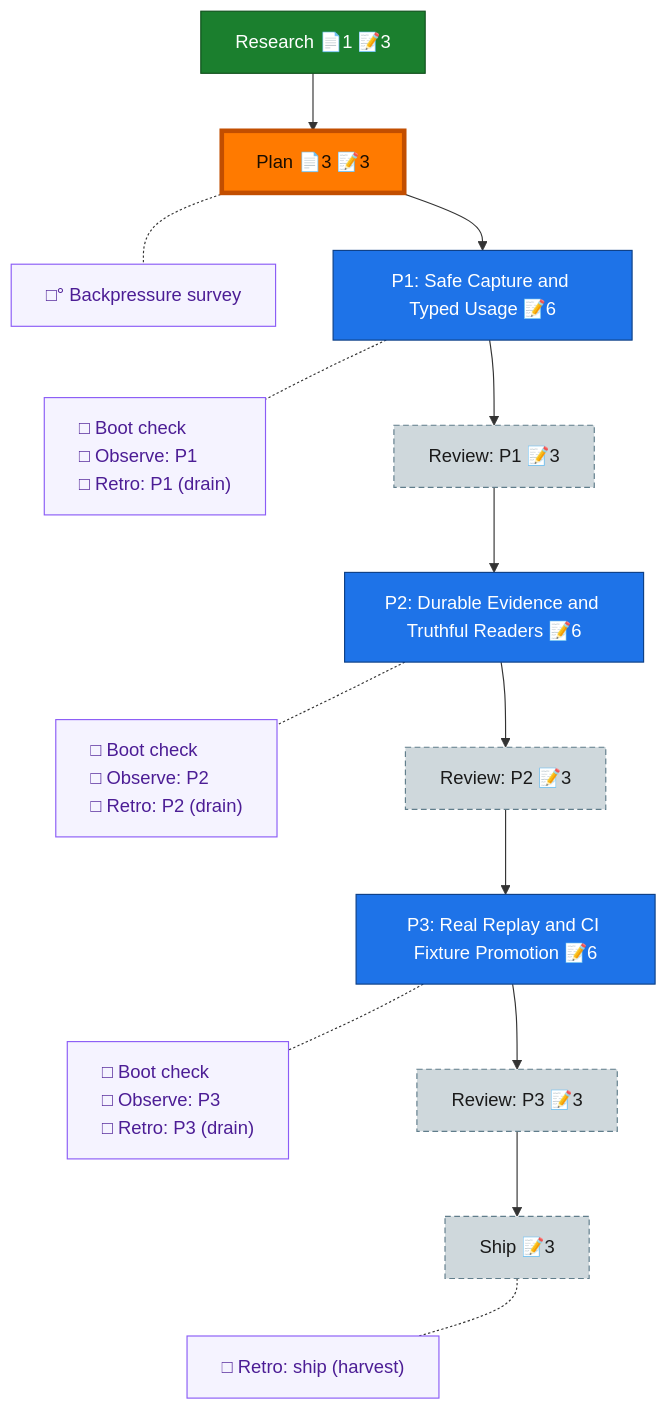
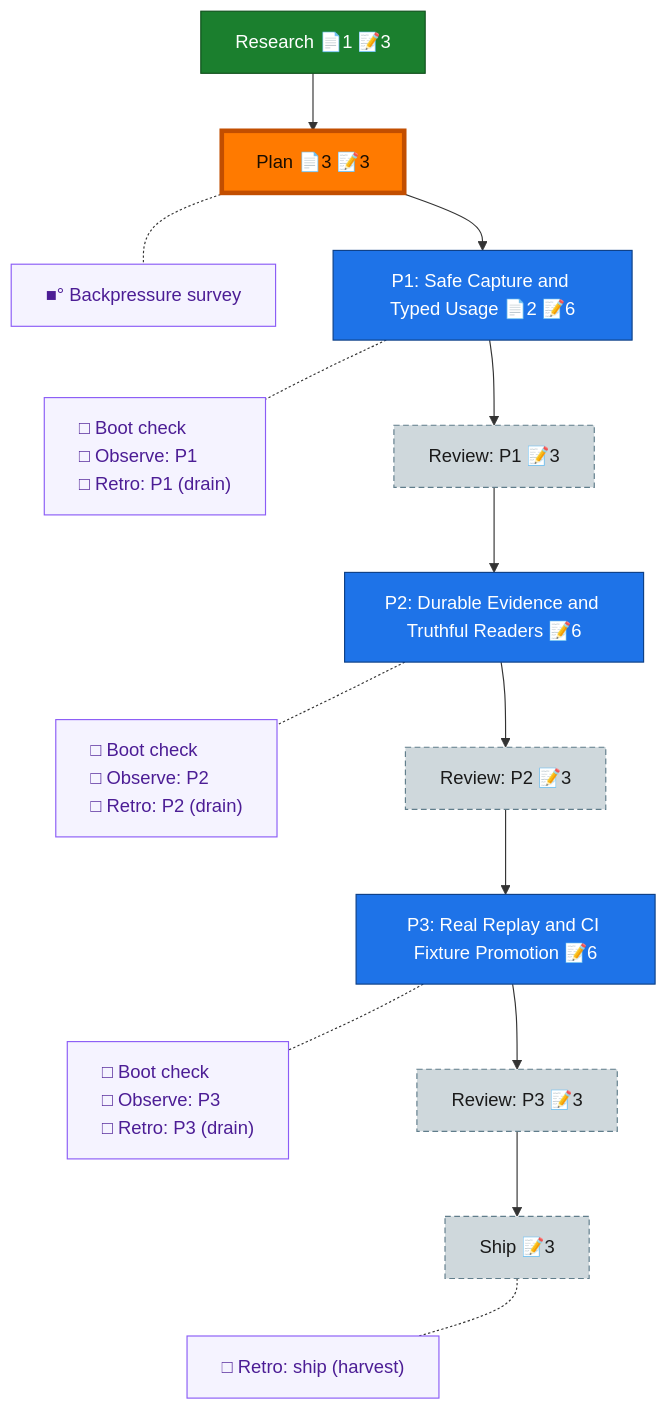
One commit to AI-Substrate/harness-engineering changed the diagram in docs/plans/063-systemic-telemetry-repair/the-flow.md. Above: the diagram before and after it, drawn with Mermaid. The commit also changed other lines of this file and 4 other files, not shown here.

Commit message:
docs(plan): prepare token recovery phase 1

````diff
--- a/docs/plans/063-systemic-telemetry-repair/the-flow.md
+++ b/docs/plans/063-systemic-telemetry-repair/the-flow.md
@@ -8,37 +8,37 @@
 ```mermaid
 flowchart TD
     research["Research 📄1 📝3"]:::done
     plan["Plan 📄3 📝3"]:::done
-    phase_1["P1: Safe Capture and Typed Usage 📝6"]:::known
+    phase_1["P1: Safe Capture and Typed Usage 📄2 📝6"]:::known
     review_1["Review: P1 📝3"]:::assumed
     phase_2["P2: Durable Evidence and Truthful Readers 📝6"]:::known
     review_2["Review: P2 📝3"]:::assumed
     phase_3["P3: Real Replay and CI Fixture Promotion 📝6"]:::known
     review_3["Review: P3 📝3"]:::assumed
     ship["Ship 📝3"]:::assumed
 
     research --> plan --> phase_1 --> review_1 --> phase_2 --> review_2 --> phase_3 --> review_3 --> ship
 
-    planC["□° Backpressure survey"]:::chore
+    planC["■° Backpressure survey"]:::chore
     phase_1C["□ Boot check<br/>□ Observe: P1<br/>□ Retro: P1 (drain)"]:::chore
     phase_2C["□ Boot check<br/>□ Observe: P2<br/>□ Retro: P2 (drain)"]:::chore
     phase_3C["□ Boot check<br/>□ Observe: P3<br/>□ Retro: P3 (drain)"]:::chore
     shipC["□ Retro: ship (harvest)"]:::chore
 
     %% invisible chain holds the gutter boxes in their own column
     planC ~~~ phase_1C ~~~ phase_2C ~~~ phase_3C ~~~ shipC
 
     %% dotted links pull each gutter box beside its node
     plan -.- planC
     phase_1 -.- phase_1C
     phase_2 -.- phase_2C
     phase_3 -.- phase_3C
     ship -.- shipC
 
     classDef done fill:#1B7F2E,stroke:#0F4F1B,color:#fff;
     classDef known fill:#1E73E8,stroke:#0D3F86,color:#fff;
     classDef assumed fill:#CFD8DC,stroke:#607D8B,color:#1a1a1a,stroke-dasharray:5 3;
     classDef chore fill:#f5f3ff,stroke:#8b5cf6,color:#4c1d95,text-align:left;
     classDef current fill:#FF7A00,stroke:#C24E00,color:#1a0e00,stroke-width:4px;
     class plan current;
 ```
````
